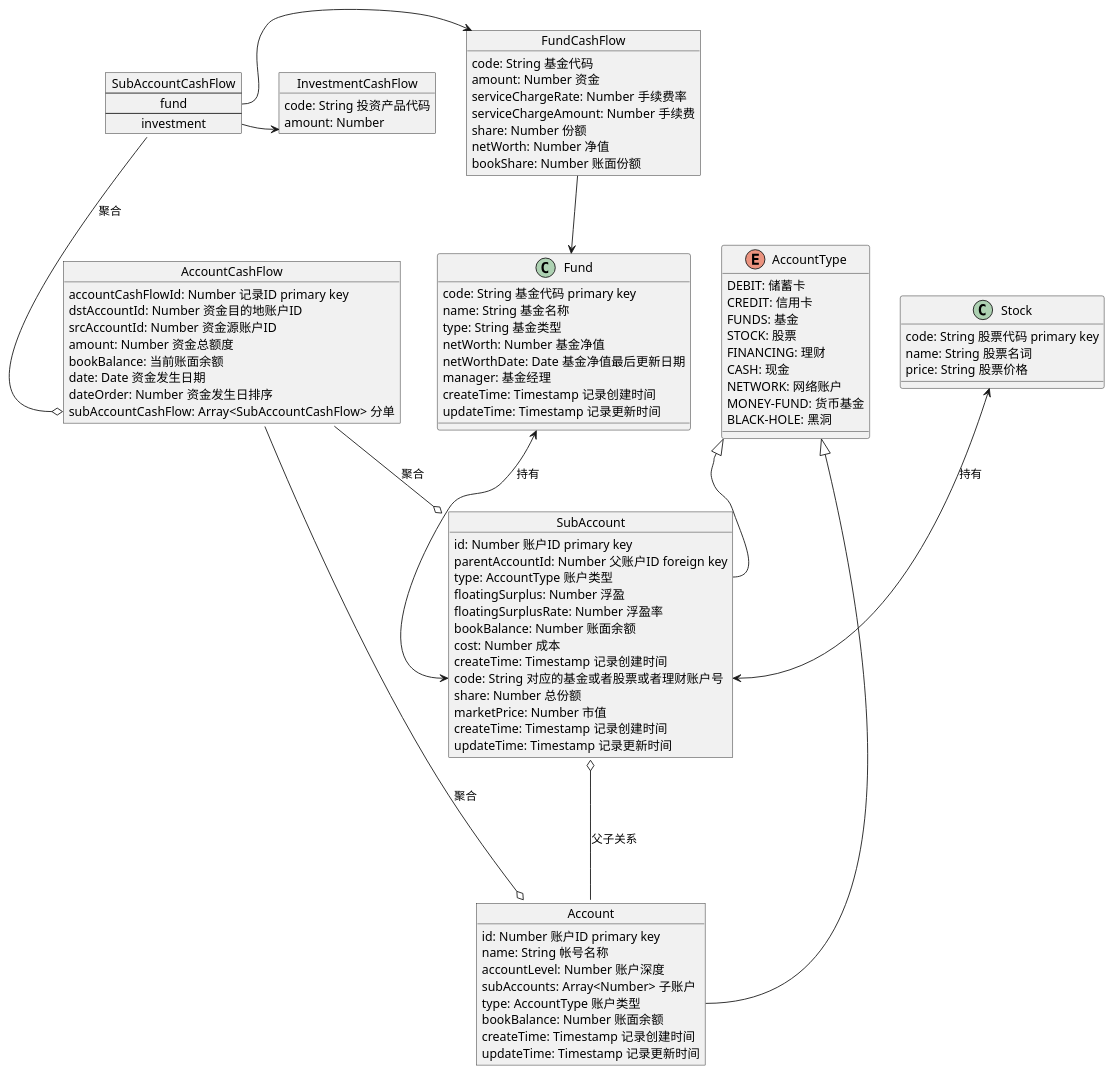
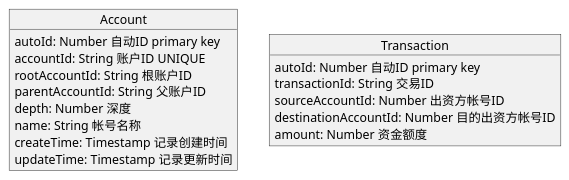
One commit to maxtorm12138/ledger changed the diagram in design/LogicModel.puml. Above: the diagram before and after it, drawn with PlantUML. The commit also changed 14 other files, not shown here.

```diff
--- a/design/LogicModel.puml
+++ b/design/LogicModel.puml
@@ -1,120 +1,66 @@
 @startuml
 'https://plantuml.com/object-diagrm
 
-enum AccountType {
-    DEBIT: 储蓄卡
-    CREDIT: 信用卡
-    FUNDS: 基金
-    STOCK: 股票
-    FINANCING: 理财
-    CASH: 现金
-    NETWORK: 网络账户
-    MONEY-FUND: 货币基金
-    BLACK-HOLE: 黑洞
-}
+object Account {
+    autoId: Number 自动ID primary key
 
-object Account {
-    id: Number 账户ID primary key
+    accountId: String 账户ID UNIQUE
+    rootAccountId: String 根账户ID
+    parentAccountId: String 父账户ID
+
+    depth: Number 深度
     name: String 帐号名称
-    accountLevel: Number 账户深度
-    subAccounts: Array<Number> 子账户
-    type: AccountType 账户类型
-    bookBalance: Number 账面余额
     createTime: Timestamp 记录创建时间
     updateTime: Timestamp 记录更新时间
 }
 
-object SubAccount {
-    id: Number 账户ID primary key
-    parentAccountId: Number 父账户ID foreign key
-    type: AccountType 账户类型
-    floatingSurplus: Number 浮盈
-    floatingSurplusRate: Number 浮盈率
-    bookBalance: Number 账面余额
-    cost: Number 成本
-    createTime: Timestamp 记录创建时间
-    code: String 对应的基金或者股票或者理财账户号
-    share: Number 总份额
-    marketPrice: Number 市值
+object Transaction {
+    autoId: Number 自动ID primary key
 
-    createTime: Timestamp 记录创建时间
-    updateTime: Timestamp 记录更新时间
+    transactionId: String 交易ID
+    sourceAccountId: Number 出资方帐号ID
+    destinationAccountId: Number 目的出资方帐号ID
+    amount: Number 资金额度
 }
 
-SubAccount o--- Account : 父子关系
-AccountType <|-- Account::type
-AccountType <|-- SubAccount::type
-Fund <--> SubAccount::code : 持有
-Stock <--> SubAccount::code : 持有
+'object AccountCashFlow {
+'    accountCashFlowId: Number 记录ID primary key
+'    dstAccountId: Number 资金目的地账户ID
+'    srcAccountId: Number 资金源账户ID
+'    amount: Number 资金总额度
+'    bookBalance: 当前账面余额
+'    date: Date 资金发生日期
+'    dateOrder: Number 资金发生日排序
+'    subAccountCashFlow: Array<SubAccountCashFlow> 分单
+'}
 
 
-object AccountCashFlow {
-    accountCashFlowId: Number 记录ID primary key
-    dstAccountId: Number 资金目的地账户ID
-    srcAccountId: Number 资金源账户ID
-    amount: Number 资金总额度
-    bookBalance: 当前账面余额
-    date: Date 资金发生日期
-    dateOrder: Number 资金发生日排序
-    subAccountCashFlow: Array<SubAccountCashFlow> 分单
-}
+'object Fund {
+'    code: String 基金代码 primary key
+'    name: String 基金名称
+'    netWorth: Number 基金净值
+'    netWorthDate: Date 基金净值最后更新日期
+'    createTime: Timestamp 记录创建时间
+'    updateTime: Timestamp 记录更新时间
+'}
 
-object FundCashFlow {
-    code: String 基金代码
-    amount: Number 资金
-    serviceChargeRate: Number 手续费率
-    serviceChargeAmount: Number 手续费
-    share: Number 份额
-    netWorth: Number 净值
-    bookShare: Number 账面份额
-}
-
-object InvestmentCashFlow {
-    code: String 投资产品代码
-    amount: Number
-}
-
-FundCashFlow --> Fund
-
-map SubAccountCashFlow {
-    fund *-> FundCashFlow
-    investment *-> InvestmentCashFlow
-}
-
-
-
-SubAccountCashFlow --o AccountCashFlow::subAccountCashFlow : 聚合
-AccountCashFlow --o Account : 聚合
-AccountCashFlow --o SubAccount : 聚合
-
-object Fund {
-    code: String 基金代码 primary key
-    name: String 基金名称
-    type: String 基金类型
-    netWorth: Number 基金净值
-    netWorthDate: Date 基金净值最后更新日期
-    manager: 基金经理
-    createTime: Timestamp 记录创建时间
-    updateTime: Timestamp 记录更新时间
-}
+'object Stock {
+'    code: String 股票代码 primary key
+'    name: String 股票名词
+'    price: String 股票价格
+'    createTime: Timestamp 记录创建时间
+'    updateTime: Timestamp 记录更新时间
+'}
 
 'object FundFlow {
 '    fundFlowId: Number 记录ID primary key
 '    code: string 基金代码 foreign key
 '    dividend: String
 '    netWorth: Number
 '    dayGrowth: Number
 '}
 
-object Stock {
-    code: String 股票代码 primary key
-    name: String 股票名词
-    price: String 股票价格
-}
 
 'FundFlow::code --o Fund : 聚合
 
-
-
-
 @enduml
```
